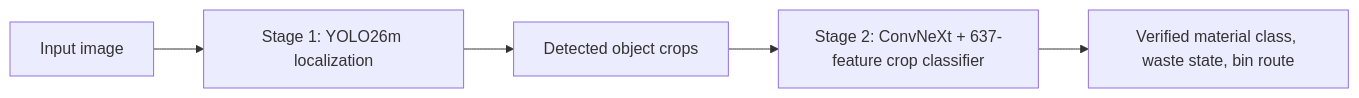
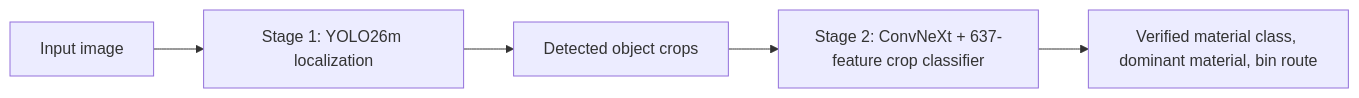
One commit to khoaph0712/Final-Year-Project-PDK changed the diagram in README.md. Above: the diagram before and after it, drawn with Mermaid. The commit also changed 15 other files, not shown here.

````diff
--- a/README.md
+++ b/README.md
@@ -12,7 +12,7 @@
 ```mermaid
 flowchart LR
     A["Input image"] --> B["Stage 1: YOLO26m localization"]
     B --> C["Detected object crops"]
     C --> D["Stage 2: ConvNeXt + 637-feature crop classifier"]
-    D --> E["Verified material class, waste state, bin route"]
+    D --> E["Verified material class, dominant material, bin route"]
 ```
````
